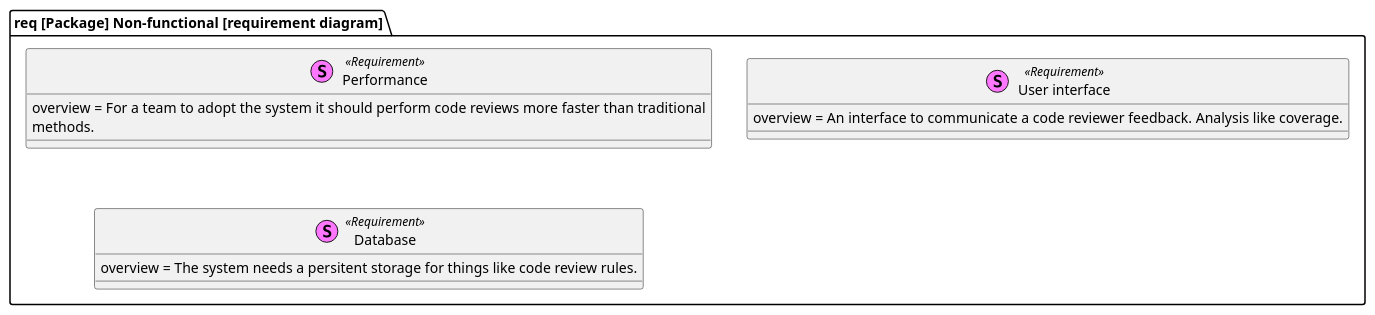
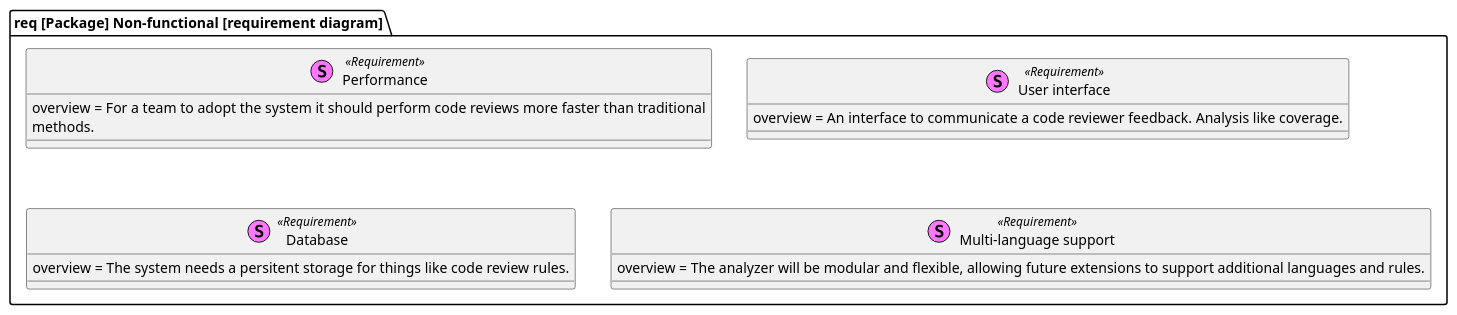
One commit to SoftDevSix/system-design changed the diagram in requirement-diagram/non-functional.puml. Above: the diagram before and after it, drawn with PlantUML. The commit also changed other lines of this file and 3 other files, not shown here.

```diff
--- a/requirement-diagram/non-functional.puml
+++ b/requirement-diagram/non-functional.puml
@@ -1,18 +1,22 @@
 @startuml
 package "req [Package] Non-functional [requirement diagram]" {
     stereotype "Performance" as performance <<Requirement>> {
         overview = For a team to adopt the system it should perform code reviews more faster than traditional
         methods.
     }
 
     stereotype "User interface" as ui <<Requirement>> {
         overview = An interface to communicate a code reviewer feedback. Analysis like coverage.
     }
 
     stereotype "Database" as db <<Requirement>> {
         overview = The system needs a persitent storage for things like code review rules.
     }
 
+    stereotype "Multi-language support" as multi_language <<Requirement>> {
+        overview = The analyzer will be modular and flexible, allowing future extensions to support additional languages and rules.
+    }
+
 }
 
 @enduml
```
